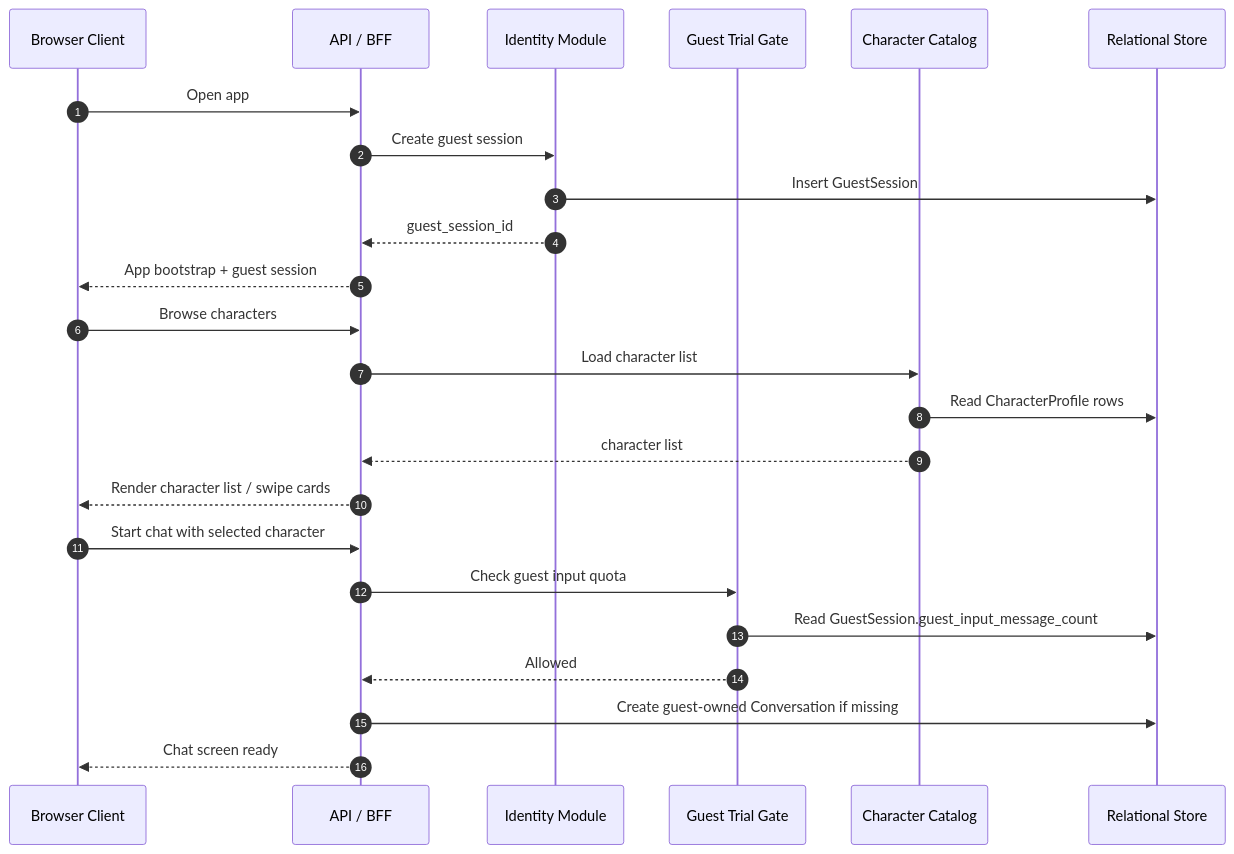
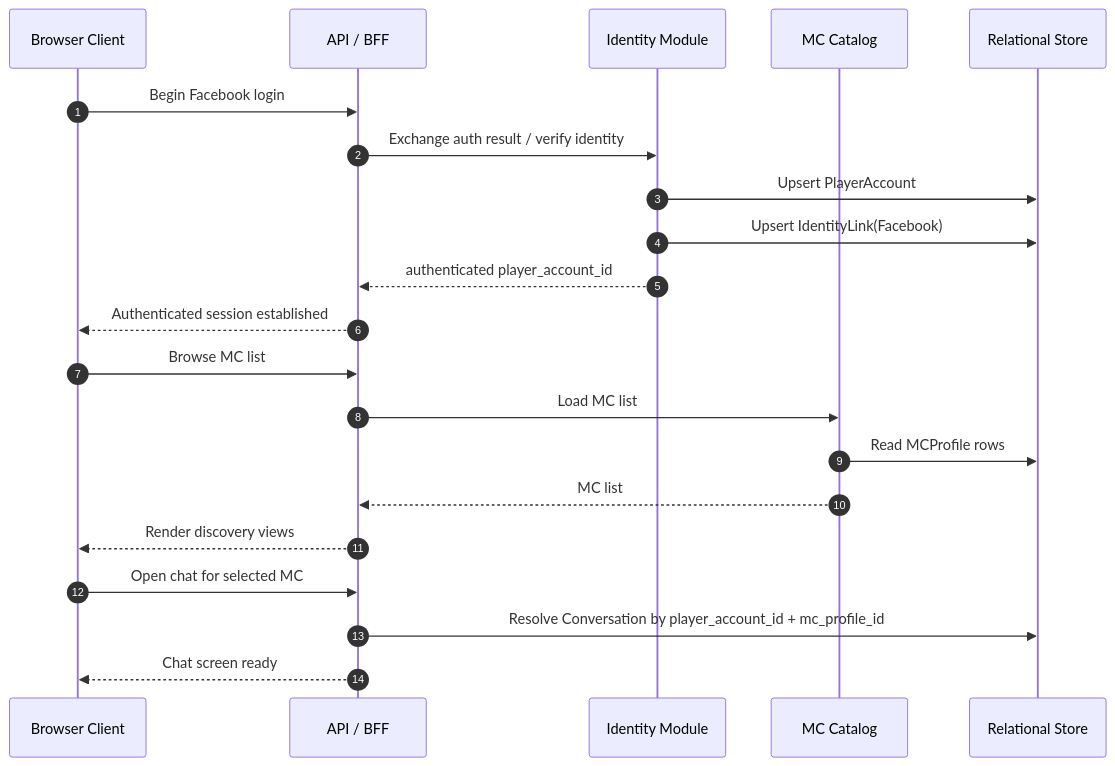
One commit to aa-aiera/renai_docs changed the first of 6 diagrams in docs/02_architecture/renai-game-llm-mvp-sequence-flows.md. Above: the diagram before and after it, drawn with Mermaid. The commit also changed other lines of this file and 16 other files, not shown here.

First line of the commit message:
Rename user/character to Player/MC; enforce phase1 policies

````diff
--- a/docs/02_architecture/renai-game-llm-mvp-sequence-flows.md
+++ b/docs/02_architecture/renai-game-llm-mvp-sequence-flows.md
@@ -70,29 +56,26 @@
 ```mermaid
 sequenceDiagram
     autonumber
     participant C as Browser Client
     participant API as API / BFF
     participant ID as Identity Module
-    participant GT as Guest Trial Gate
-    participant CHAR as Character Catalog
+    participant MC as MC Catalog
     participant DB as Relational Store
 
-    C->>API: Open app
-    API->>ID: Create guest session
-    ID->>DB: Insert GuestSession
-    ID-->>API: guest_session_id
-    API-->>C: App bootstrap + guest session
+    C->>API: Begin Facebook login
+    API->>ID: Exchange auth result / verify identity
+    ID->>DB: Upsert PlayerAccount
+    ID->>DB: Upsert IdentityLink(Facebook)
+    ID-->>API: authenticated player_account_id
+    API-->>C: Authenticated session established
 
-    C->>API: Browse characters
-    API->>CHAR: Load character list
-    CHAR->>DB: Read CharacterProfile rows
-    CHAR-->>API: character list
-    API-->>C: Render character list / swipe cards
+    C->>API: Browse MC list
+    API->>MC: Load MC list
+    MC->>DB: Read MCProfile rows
+    MC-->>API: MC list
+    API-->>C: Render discovery views
 
-    C->>API: Start chat with selected character
-    API->>GT: Check guest input quota
-    GT->>DB: Read GuestSession.guest_input_message_count
-    GT-->>API: Allowed
-    API->>DB: Create guest-owned Conversation if missing
+    C->>API: Open chat for selected MC
+    API->>DB: Resolve Conversation by player_account_id + mc_profile_id
     API-->>C: Chat screen ready
 ```
````
